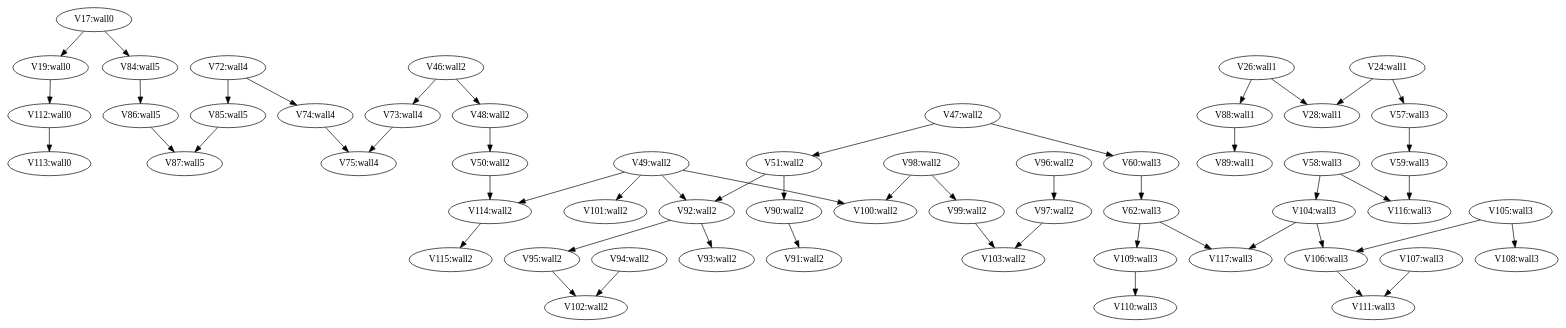
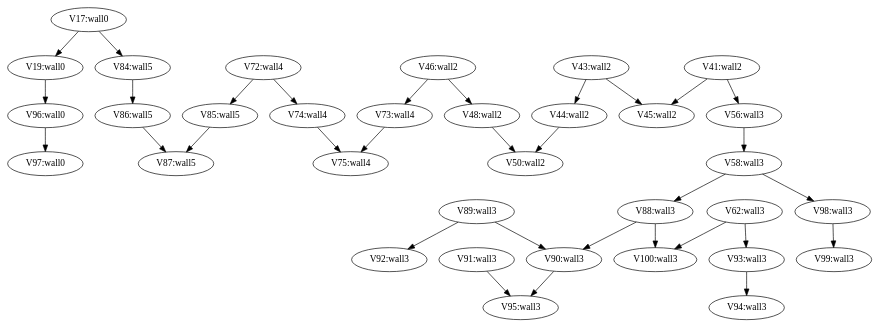
Before and after one commit to DURAARK/workbench-ui: the diagram in public/nygade/wiregen/output/hypothesis-graph.dot, drawn with Graphviz. The commit also changed 16 other files, not shown here.

```diff
--- a/public/nygade/wiregen/output/hypothesis-graph.dot
+++ b/public/nygade/wiregen/output/hypothesis-graph.dot
@@ -1,109 +1,67 @@
 digraph G {
  V17 [label="V17:wall0"]
  V19 [label="V19:wall0"]
- V24 [label="V24:wall1"]
- V26 [label="V26:wall1"]
- V28 [label="V28:wall1"]
+ V41 [label="V41:wall2"]
+ V43 [label="V43:wall2"]
+ V44 [label="V44:wall2"]
+ V45 [label="V45:wall2"]
  V46 [label="V46:wall2"]
- V47 [label="V47:wall2"]
  V48 [label="V48:wall2"]
- V49 [label="V49:wall2"]
  V50 [label="V50:wall2"]
- V51 [label="V51:wall2"]
- V57 [label="V57:wall3"]
+ V56 [label="V56:wall3"]
  V58 [label="V58:wall3"]
- V59 [label="V59:wall3"]
- V60 [label="V60:wall3"]
  V62 [label="V62:wall3"]
  V72 [label="V72:wall4"]
  V73 [label="V73:wall4"]
  V74 [label="V74:wall4"]
  V75 [label="V75:wall4"]
  V84 [label="V84:wall5"]
  V85 [label="V85:wall5"]
  V86 [label="V86:wall5"]
  V87 [label="V87:wall5"]
- V88 [label="V88:wall1"]
- V89 [label="V89:wall1"]
- V90 [label="V90:wall2"]
- V91 [label="V91:wall2"]
- V92 [label="V92:wall2"]
- V93 [label="V93:wall2"]
- V94 [label="V94:wall2"]
- V95 [label="V95:wall2"]
- V96 [label="V96:wall2"]
- V97 [label="V97:wall2"]
- V98 [label="V98:wall2"]
- V99 [label="V99:wall2"]
- V100 [label="V100:wall2"]
- V101 [label="V101:wall2"]
- V102 [label="V102:wall2"]
- V103 [label="V103:wall2"]
- V104 [label="V104:wall3"]
- V105 [label="V105:wall3"]
- V106 [label="V106:wall3"]
- V107 [label="V107:wall3"]
- V108 [label="V108:wall3"]
- V109 [label="V109:wall3"]
- V110 [label="V110:wall3"]
- V111 [label="V111:wall3"]
- V112 [label="V112:wall0"]
- V113 [label="V113:wall0"]
- V114 [label="V114:wall2"]
- V115 [label="V115:wall2"]
- V116 [label="V116:wall3"]
- V117 [label="V117:wall3"]
- V59 -> V116
- V57 -> V59
- V24 -> V57
- V24 -> V28
- V26 -> V28
- V26 -> V88
- V88 -> V89
- V104 -> V117
- V58 -> V104
- V58 -> V116
- V105 -> V106
- V104 -> V106
- V106 -> V111
- V107 -> V111
- V105 -> V108
- V109 -> V110
- V62 -> V109
- V62 -> V117
- V92 -> V93
- V51 -> V92
- V47 -> V51
- V47 -> V60
- V60 -> V62
- V92 -> V95
- V95 -> V102
- V94 -> V102
- V49 -> V101
- V49 -> V92
- V49 -> V100
- V98 -> V100
+ V88 [label="V88:wall3"]
+ V89 [label="V89:wall3"]
+ V90 [label="V90:wall3"]
+ V91 [label="V91:wall3"]
+ V92 [label="V92:wall3"]
+ V93 [label="V93:wall3"]
+ V94 [label="V94:wall3"]
+ V95 [label="V95:wall3"]
+ V96 [label="V96:wall0"]
+ V97 [label="V97:wall0"]
+ V98 [label="V98:wall3"]
+ V99 [label="V99:wall3"]
+ V100 [label="V100:wall3"]
+ V90 -> V95
+ V89 -> V90
+ V91 -> V95
+ V89 -> V92
+ V88 -> V100
+ V88 -> V90
+ V93 -> V94
+ V62 -> V93
+ V62 -> V100
  V98 -> V99
- V99 -> V103
- V97 -> V103
- V96 -> V97
- V114 -> V115
- V49 -> V114
- V90 -> V91
- V51 -> V90
- V19 -> V112
+ V58 -> V98
+ V58 -> V88
+ V19 -> V96
  V17 -> V19
  V17 -> V84
  V84 -> V86
  V86 -> V87
  V85 -> V87
  V72 -> V85
  V72 -> V74
  V74 -> V75
  V73 -> V75
  V46 -> V73
  V46 -> V48
  V48 -> V50
- V50 -> V114
- V112 -> V113
+ V44 -> V50
+ V43 -> V44
+ V43 -> V45
+ V41 -> V45
+ V41 -> V56
+ V56 -> V58
+ V96 -> V97
 }
```
